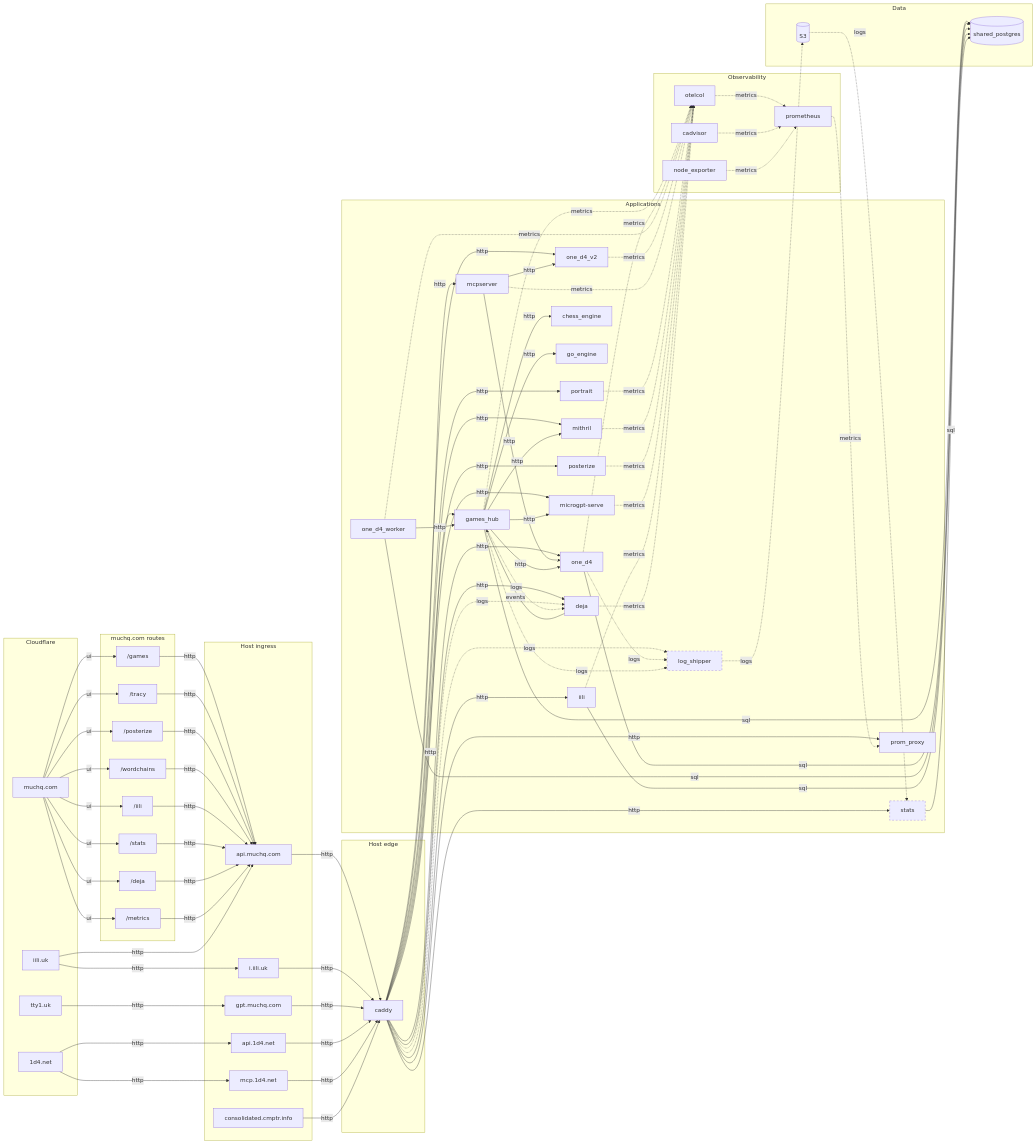
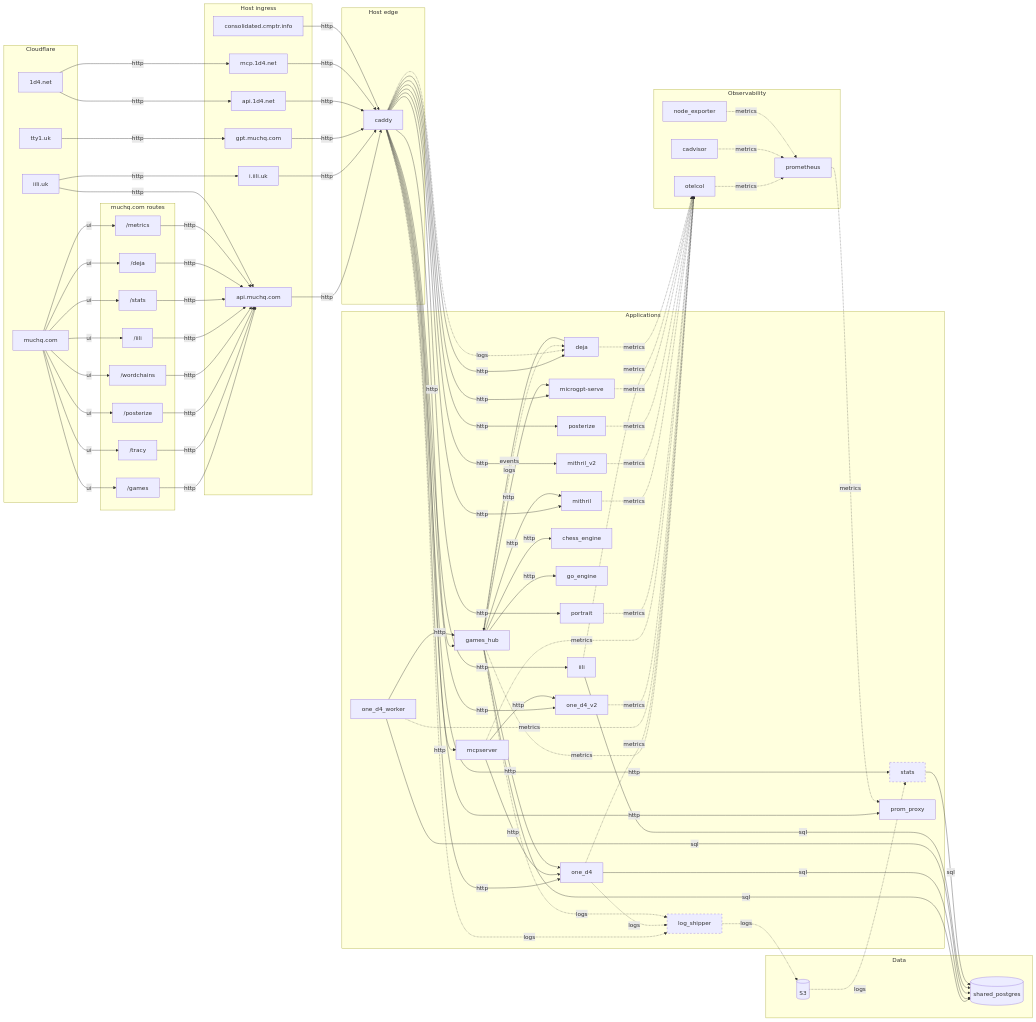
One commit to muchq/muchq.github.io changed the diagram in src/apps/topology/topology.mmd. Above: the diagram before and after it, drawn with Mermaid. The commit also changed 16 other files, not shown here.

```diff
--- a/src/apps/topology/topology.mmd
+++ b/src/apps/topology/topology.mmd
@@ -1,157 +1,160 @@
 flowchart LR
   subgraph cf["Cloudflare"]
     muchq_com["muchq.com"]
     iili_uk["iili.uk"]
     one_d4_net["1d4.net"]
     tty1_uk["tty1.uk"]
   end
 
   subgraph ingress["Host ingress"]
     api_muchq["api.muchq.com"]
     i_iili_uk["i.iili.uk"]
     gpt_muchq["gpt.muchq.com"]
     api_1d4["api.1d4.net"]
     mcp_1d4["mcp.1d4.net"]
     cmptr["consolidated.cmptr.info"]
   end
 
   subgraph ui["muchq.com routes"]
     ui_games["/games"]
     ui_tracy["/tracy"]
     ui_posterize["/posterize"]
     ui_wordchains["/wordchains"]
     ui_iili["/iili"]
     ui_stats["/stats"]
     ui_deja["/deja"]
     ui_metrics["/metrics"]
   end
 
   subgraph edge["Host edge"]
     caddy["caddy"]
   end
 
   subgraph apps["Applications"]
     games_hub["games_hub"]
     one_d4["one_d4"]
     one_d4_worker["one_d4_worker"]
     one_d4_v2["one_d4_v2"]
     mcpserver["mcpserver"]
     portrait["portrait"]
     mithril["mithril"]
+    mithril_v2["mithril_v2"]
     chess_engine["chess_engine"]
     go_engine["go_engine"]
     posterize["posterize"]
     microgpt-serve["microgpt-serve"]
     iili["iili"]
     deja["deja"]
     stats["stats"]:::gated
     log_shipper["log_shipper"]:::gated
     prom_proxy["prom_proxy"]
   end
 
   subgraph data["Data"]
     shared_postgres[("shared_postgres")]
     s3[("S3")]
   end
 
   subgraph obs["Observability"]
     otelcol["otelcol"]
     prometheus["prometheus"]
     cadvisor["cadvisor"]
     node_exporter["node_exporter"]
   end
 
   muchq_com -->|ui| ui_games
   muchq_com -->|ui| ui_tracy
   muchq_com -->|ui| ui_posterize
   muchq_com -->|ui| ui_wordchains
   muchq_com -->|ui| ui_iili
   muchq_com -->|ui| ui_stats
   muchq_com -->|ui| ui_deja
   muchq_com -->|ui| ui_metrics
 
   ui_games -->|http| api_muchq
   ui_tracy -->|http| api_muchq
   ui_posterize -->|http| api_muchq
   ui_wordchains -->|http| api_muchq
   ui_iili -->|http| api_muchq
   ui_stats -->|http| api_muchq
   ui_deja -->|http| api_muchq
   ui_metrics -->|http| api_muchq
 
   iili_uk -->|http| api_muchq
   iili_uk -->|http| i_iili_uk
   one_d4_net -->|http| api_1d4
   one_d4_net -->|http| mcp_1d4
   tty1_uk -->|http| gpt_muchq
 
   api_muchq -->|http| caddy
   i_iili_uk -->|http| caddy
   gpt_muchq -->|http| caddy
   api_1d4 -->|http| caddy
   mcp_1d4 -->|http| caddy
   cmptr -->|http| caddy
 
   caddy -->|http| games_hub
   caddy -->|http| portrait
   caddy -->|http| mithril
+  caddy -->|http| mithril_v2
   caddy -->|http| posterize
   caddy -->|http| microgpt-serve
   caddy -->|http| one_d4
   caddy -->|http| one_d4_v2
   caddy -->|http| iili
   caddy -->|http| stats
   caddy -->|http| deja
   caddy -->|http| mcpserver
   caddy -->|http| prom_proxy
 
   mcpserver -->|http| one_d4
   mcpserver -->|http| one_d4_v2
   deja -->|events| games_hub
 
   games_hub -->|sql| shared_postgres
   games_hub -->|http| microgpt-serve
   games_hub -->|http| mithril
   games_hub -->|http| chess_engine
   games_hub -->|http| go_engine
   games_hub -->|http| one_d4
   one_d4 -->|sql| shared_postgres
   one_d4_worker -->|sql| shared_postgres
   one_d4_worker -->|http| games_hub
   iili -->|sql| shared_postgres
   stats -->|sql| shared_postgres
 
   caddy -.->|logs| deja
   games_hub -.->|logs| deja
   caddy -.->|logs| log_shipper
   one_d4 -.->|logs| log_shipper
   games_hub -.->|logs| log_shipper
   log_shipper -.->|logs| s3
   s3 -.->|logs| stats
 
   games_hub -.->|metrics| otelcol
   one_d4 -.->|metrics| otelcol
   one_d4_worker -.->|metrics| otelcol
   one_d4_v2 -.->|metrics| otelcol
   mcpserver -.->|metrics| otelcol
   portrait -.->|metrics| otelcol
   mithril -.->|metrics| otelcol
+  mithril_v2 -.->|metrics| otelcol
   posterize -.->|metrics| otelcol
   microgpt-serve -.->|metrics| otelcol
   iili -.->|metrics| otelcol
   deja -.->|metrics| otelcol
   otelcol -.->|metrics| prometheus
   cadvisor -.->|metrics| prometheus
   node_exporter -.->|metrics| prometheus
   prometheus -.->|metrics| prom_proxy
 
   classDef gated stroke-dasharray: 5 5
 
   click games_hub "https://muchq.com/games"
   click portrait "https://muchq.com/tracy"
   click posterize "https://muchq.com/posterize"
   click mithril "https://muchq.com/wordchains"
   click iili "https://muchq.com/iili"
   click stats "https://muchq.com/stats"
   click deja "https://muchq.com/deja"
   click prom_proxy "https://muchq.com/metrics"
```
